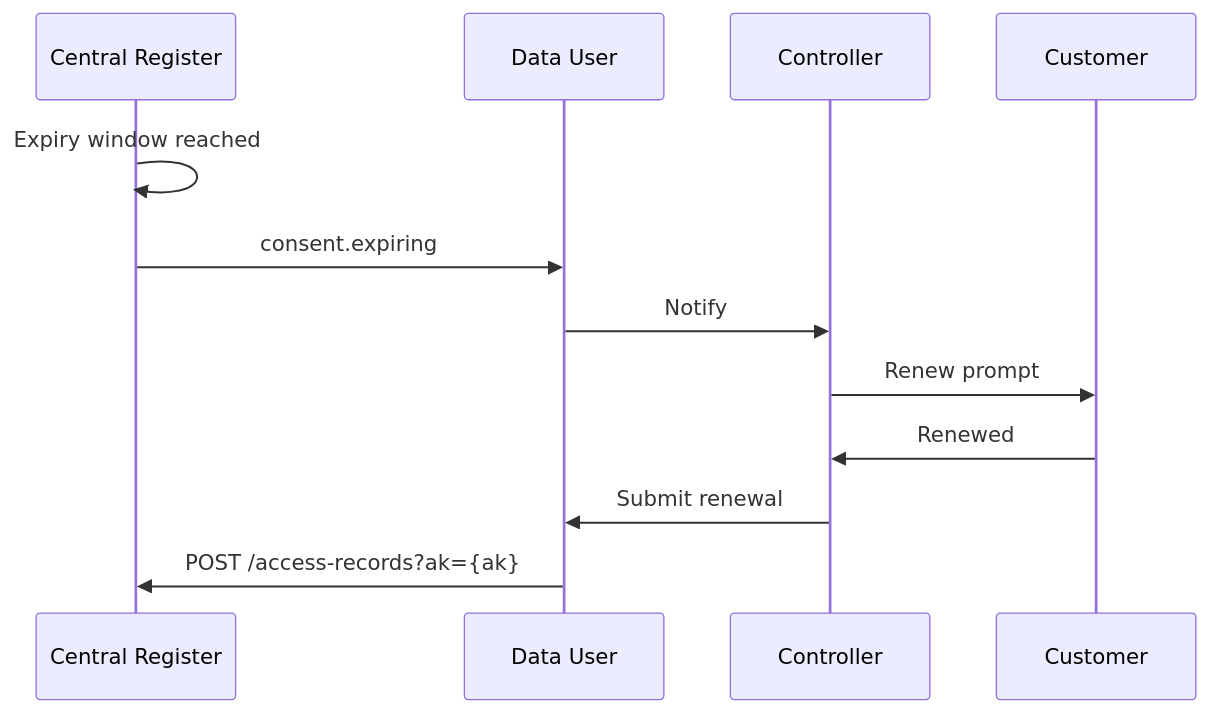
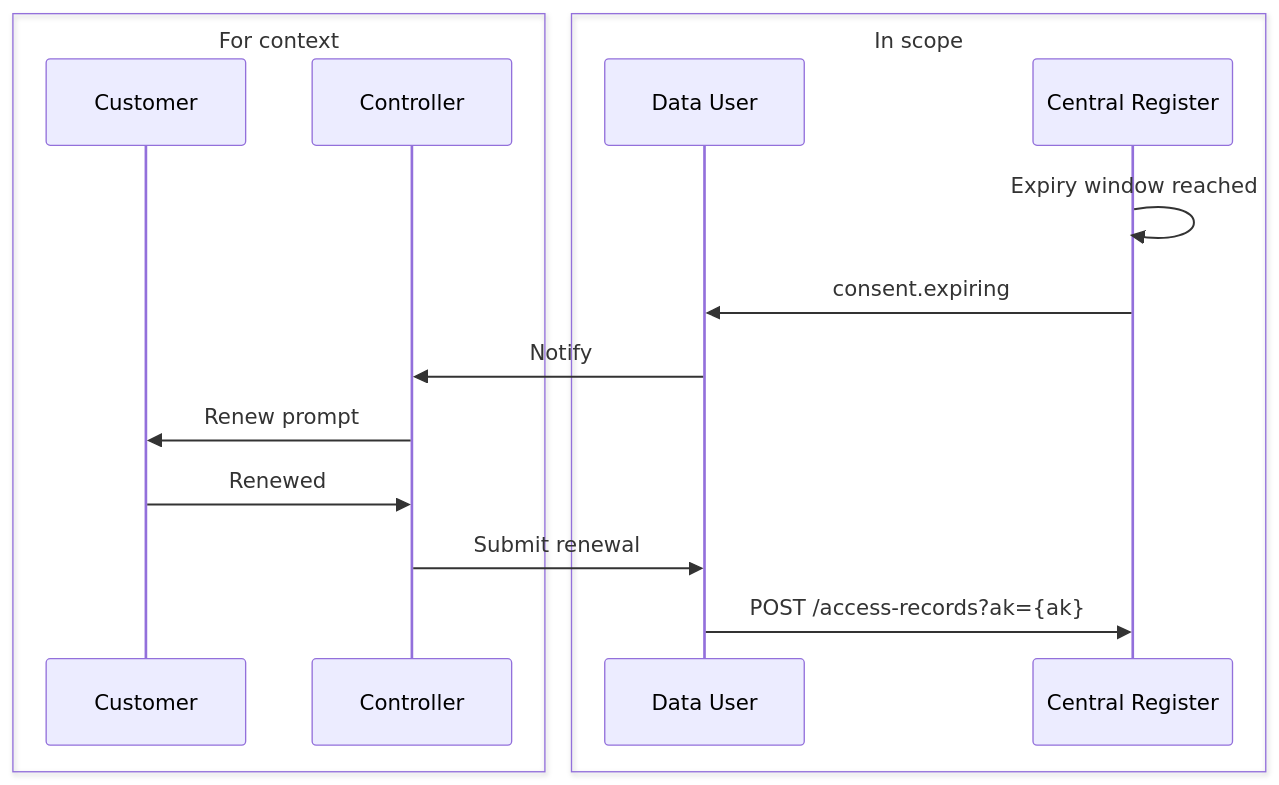
The third of 4 diagrams in docs/index.mdx (AuthEnergy/DAR), drawn with Mermaid before and after one commit. The commit also changed other lines of this file, not shown here.

First line of the commit message:
Update DAR docs: clarify flows & webhooks

````diff
--- a/docs/index.mdx
+++ b/docs/index.mdx
@@ -79,15 +89,19 @@
 ```mermaid
 sequenceDiagram
-    participant Central Register
-    participant Data User
-    participant Controller
-    participant Customer
- 
-    Central Register->>Central Register: Expiry window reached
-    Central Register->>Data User: consent.expiring
-    Data User->>Controller: Notify
+    box For context
+        participant Customer
+        participant Controller
+    end
+    box In scope
+        participant DU as Data User
+        participant CR as Central Register
+    end
+
+    CR->>CR: Expiry window reached
+    CR->>DU: consent.expiring
+    DU->>Controller: Notify
     Controller->>Customer: Renew prompt
     Customer->>Controller: Renewed
-    Controller->>Data User: Submit renewal
-    Data User->>Central Register: POST /access-records?ak={ak}
+    Controller->>DU: Submit renewal
+    DU->>CR: POST /access-records?ak={ak}
 ```
````
